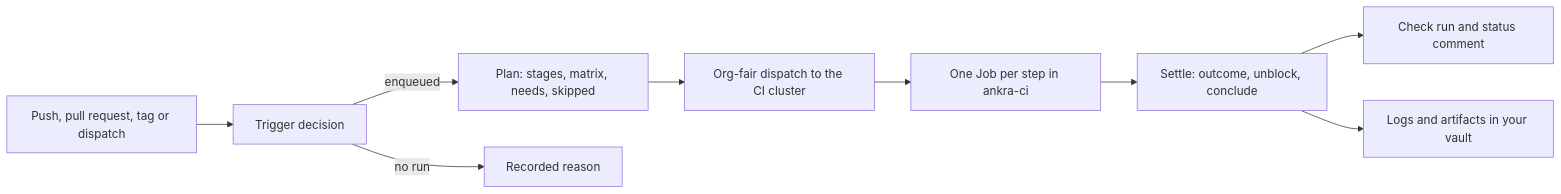
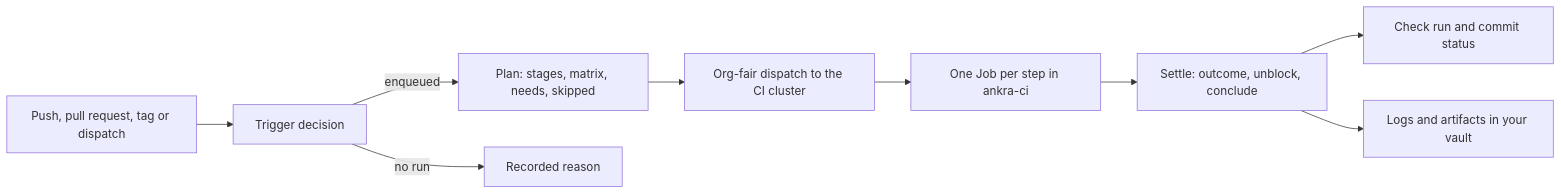
Before and after one commit to ankraio/ankra-docs: the diagram in guides/ankra-pipelines.mdx, drawn with Mermaid. The commit also changed other lines of this file and 3 other files, not shown here.

````diff
--- a/guides/ankra-pipelines.mdx
+++ b/guides/ankra-pipelines.mdx
@@ -48,11 +191,11 @@
 ```mermaid
 flowchart LR
     Event[Push, pull request, tag or dispatch] --> Trigger[Trigger decision]
     Trigger -->|enqueued| Plan[Plan: stages, matrix, needs, skipped]
     Trigger -->|no run| Reason[Recorded reason]
     Plan --> Dispatch[Org-fair dispatch to the CI cluster]
     Dispatch --> Job[One Job per step in ankra-ci]
     Job --> Settle[Settle: outcome, unblock, conclude]
-    Settle --> Check[Check run and status comment]
+    Settle --> Check[Check run and commit status]
     Settle --> Vault[Logs and artifacts in your vault]
 ```
````
